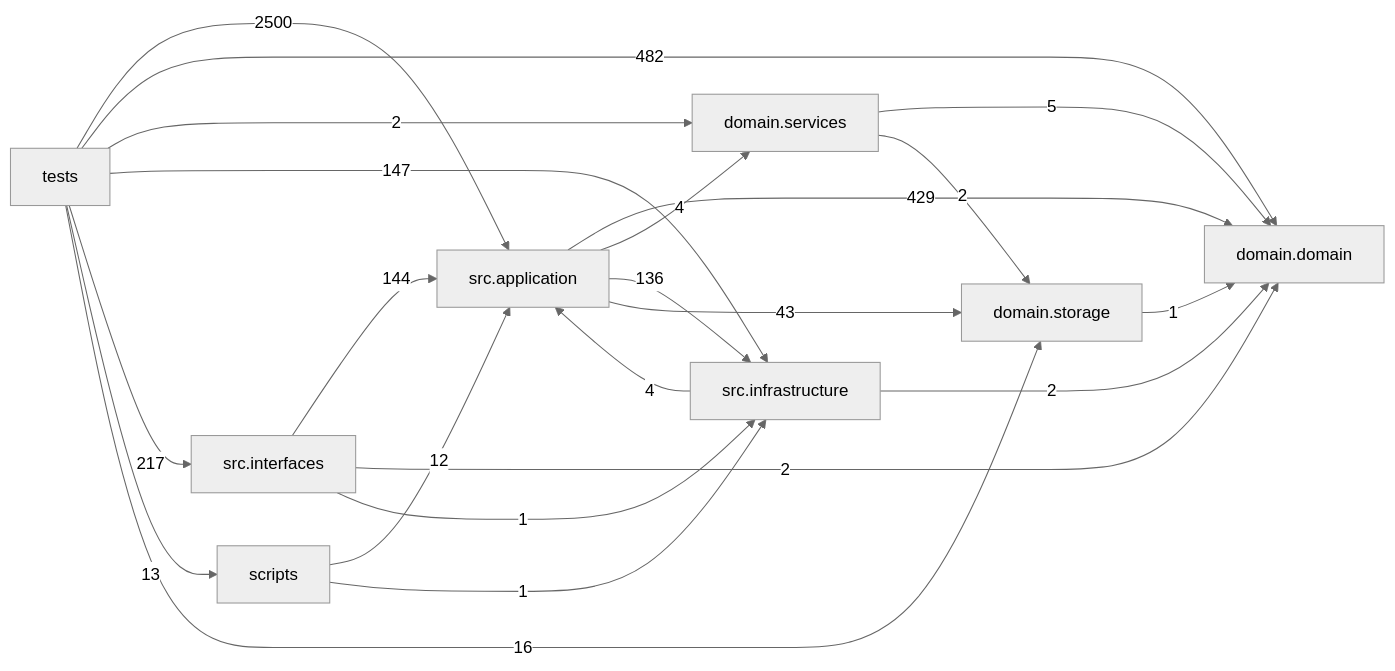
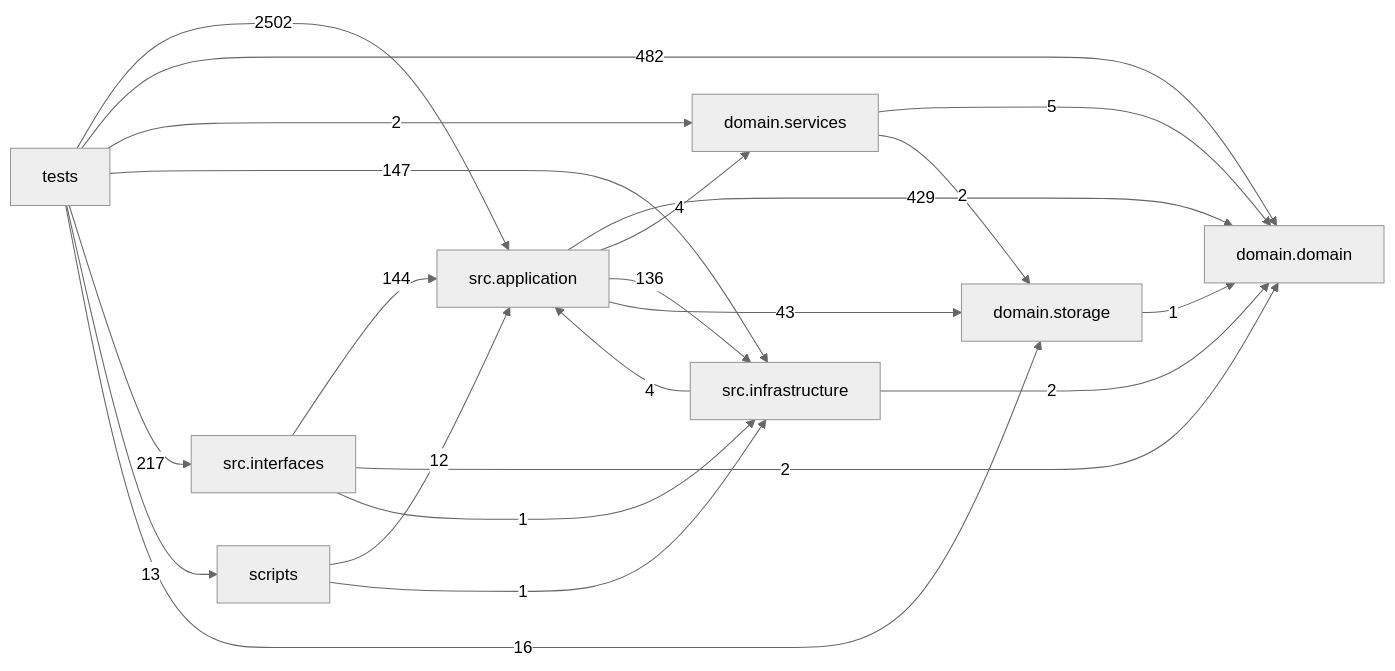
One commit to liuxie066/options-monitor changed the diagram in docs/DEPENDENCY_GRAPH.md. Above: the diagram before and after it, drawn with Mermaid (neutral theme). The commit also changed other lines of this file and 5 other files, not shown here.

````diff
--- a/docs/DEPENDENCY_GRAPH.md
+++ b/docs/DEPENDENCY_GRAPH.md
@@ -24,32 +24,32 @@
 ```mermaid
 flowchart LR
   tests["tests"]
   scripts["scripts"]
   interfaces["src.interfaces"]
   application["src.application"]
   infrastructure["src.infrastructure"]
   domain_services["domain.services"]
   domain["domain.domain"]
   storage["domain.storage"]
   application -->|429| domain
   application -->|4| domain_services
   application -->|136| infrastructure
   application -->|43| storage
   domain_services -->|5| domain
   domain_services -->|2| storage
   infrastructure -->|4| application
   infrastructure -->|2| domain
   interfaces -->|144| application
   interfaces -->|2| domain
   interfaces -->|1| infrastructure
   scripts -->|12| application
   scripts -->|1| infrastructure
   storage -->|1| domain
-  tests -->|2500| application
+  tests -->|2502| application
   tests -->|482| domain
   tests -->|2| domain_services
   tests -->|147| infrastructure
   tests -->|217| interfaces
   tests -->|13| scripts
   tests -->|16| storage
 ```
````
